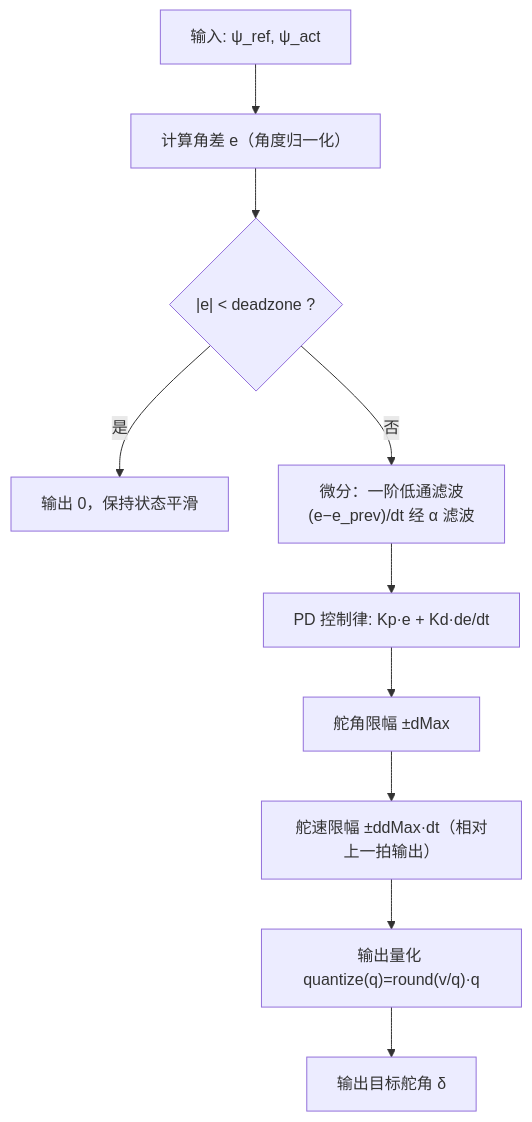
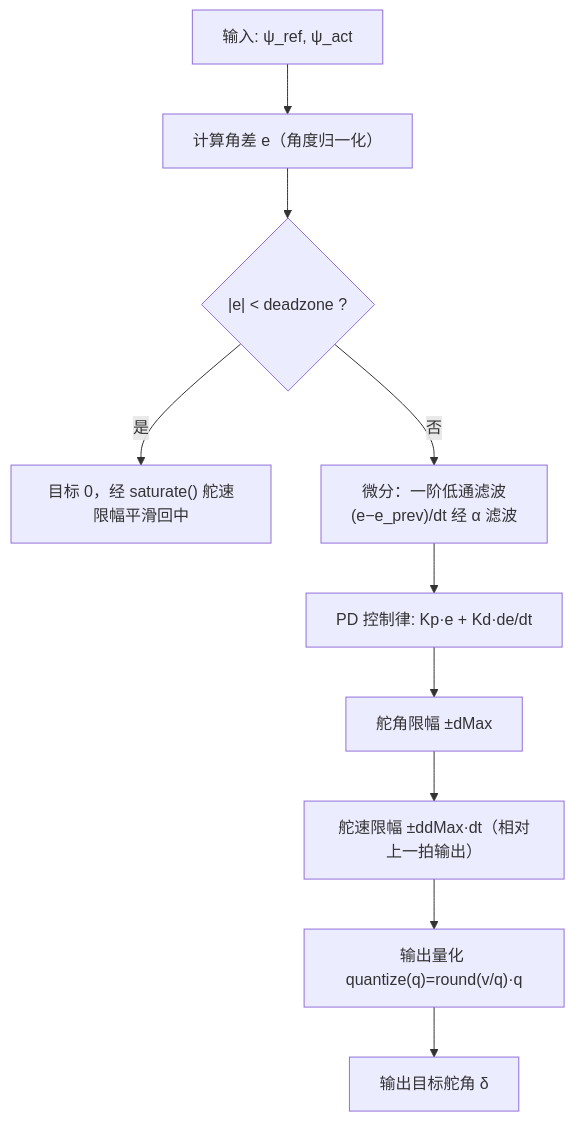
The fifth of 19 diagrams in 软件设计与架构文档.md (jimaka/auto_rudder), drawn with Mermaid before and after one commit. The commit also changed other lines of this file and 15 other files, not shown here.

````diff
--- a/软件设计与架构文档.md
+++ b/软件设计与架构文档.md
@@ -215,12 +271,12 @@
 ```mermaid
 flowchart TD
     A["输入: ψ_ref, ψ_act"] --> B["计算角差 e（角度归一化）"]
     B --> C{"|e| < deadzone ?"}
-    C -- 是 --> D["输出 0，保持状态平滑"]
+    C -- 是 --> D["目标 0，经 saturate() 舵速限幅平滑回中"]
     C -- 否 --> E["微分：一阶低通滤波<br/>(e−e_prev)/dt 经 α 滤波"]
     E --> F["PD 控制律: Kp·e + Kd·de/dt"]
     F --> G["舵角限幅 ±dMax"]
     G --> H["舵速限幅 ±ddMax·dt（相对上一拍输出）"]
     H --> I["输出量化 quantize(q)=round(v/q)·q"]
     I --> J["输出目标舵角 δ"]
 ```
````
